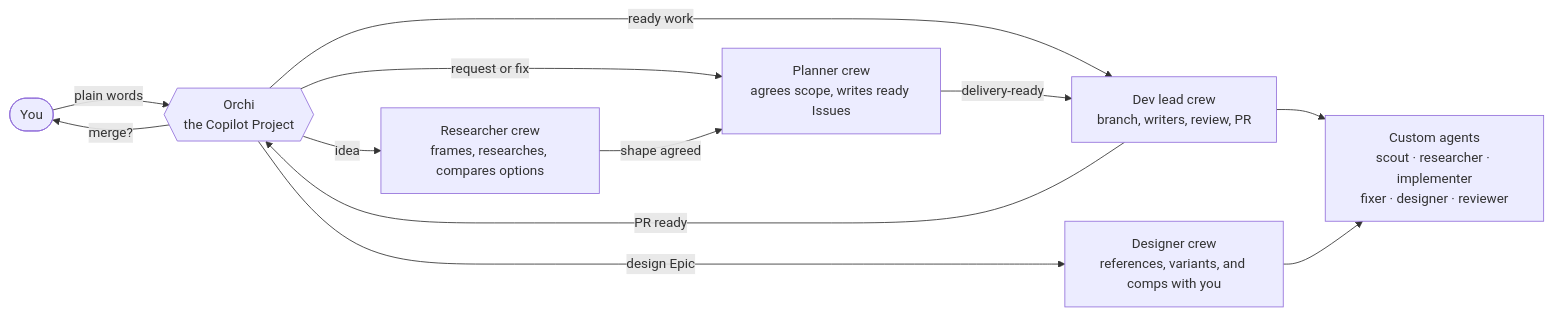
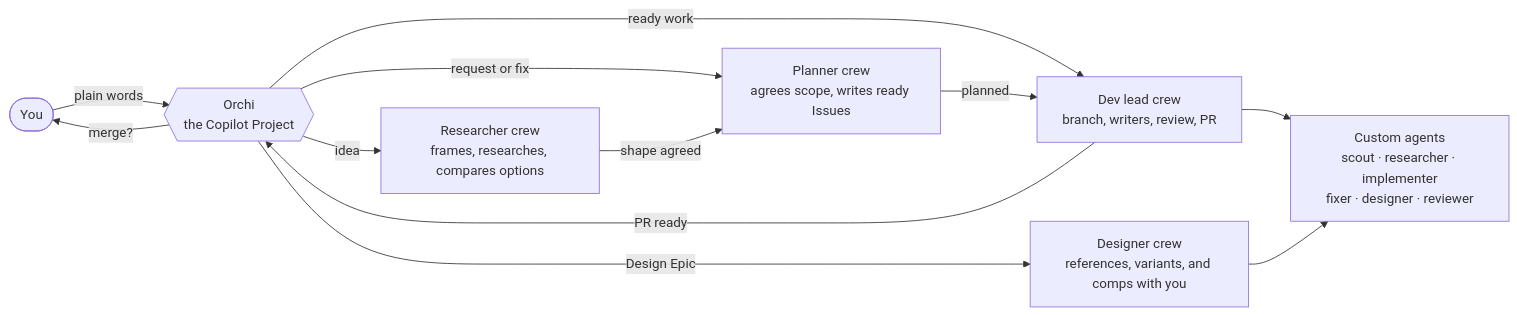
The diagram in README.md (nkhus/orchi-copilot), drawn with Mermaid before and after one commit. The commit also changed other lines of this file and 31 other files, not shown here.

````diff
--- a/README.md
+++ b/README.md
@@ -90,14 +90,14 @@
 ```mermaid
 flowchart LR
     U(["You"]) -->|"plain words"| O{{"Orchi<br/>the Copilot Project"}}
     O -->|idea| R["Researcher crew<br/>frames, researches, compares options"]
     O -->|request or fix| P["Planner crew<br/>agrees scope, writes ready Issues"]
-    O -->|design Epic| D["Designer crew<br/>references, variants, and comps with you"]
+    O -->|Design Epic| D["Designer crew<br/>references, variants, and comps with you"]
     O -->|ready work| L["Dev lead crew<br/>branch, writers, review, PR"]
     R -->|shape agreed| P
-    P -->|delivery-ready| L
+    P -->|planned| L
     L --> S["Custom agents<br/>scout · researcher · implementer<br/>fixer · designer · reviewer"]
     D --> S
     L -->|PR ready| O
     O -->|merge?| U
 ```
````
